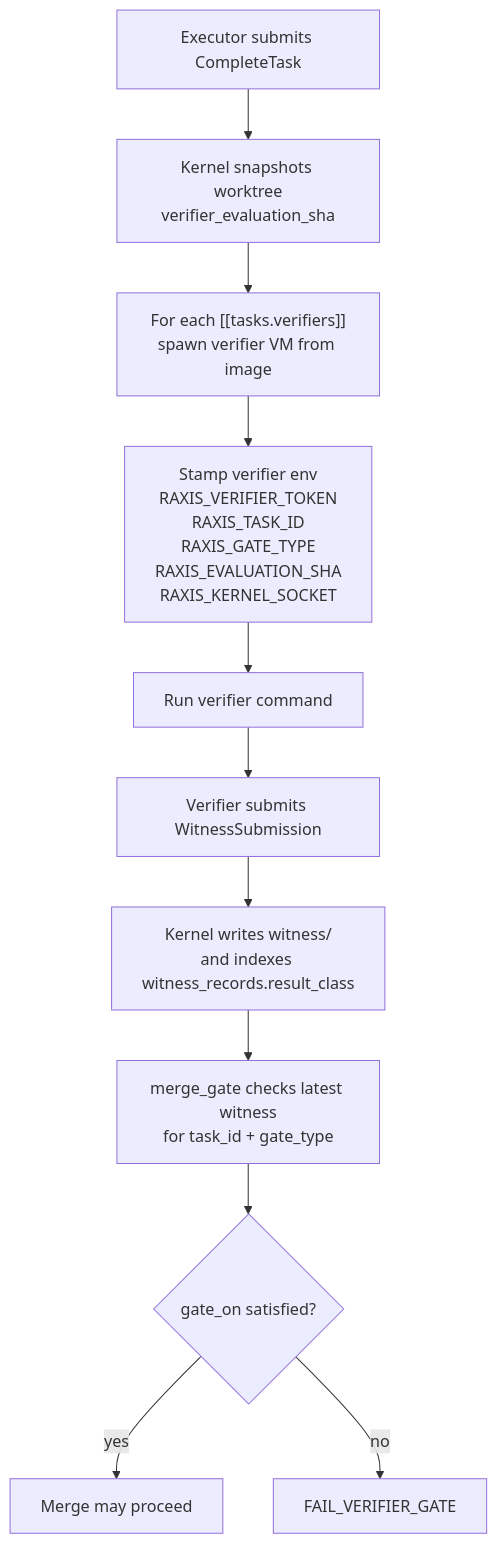
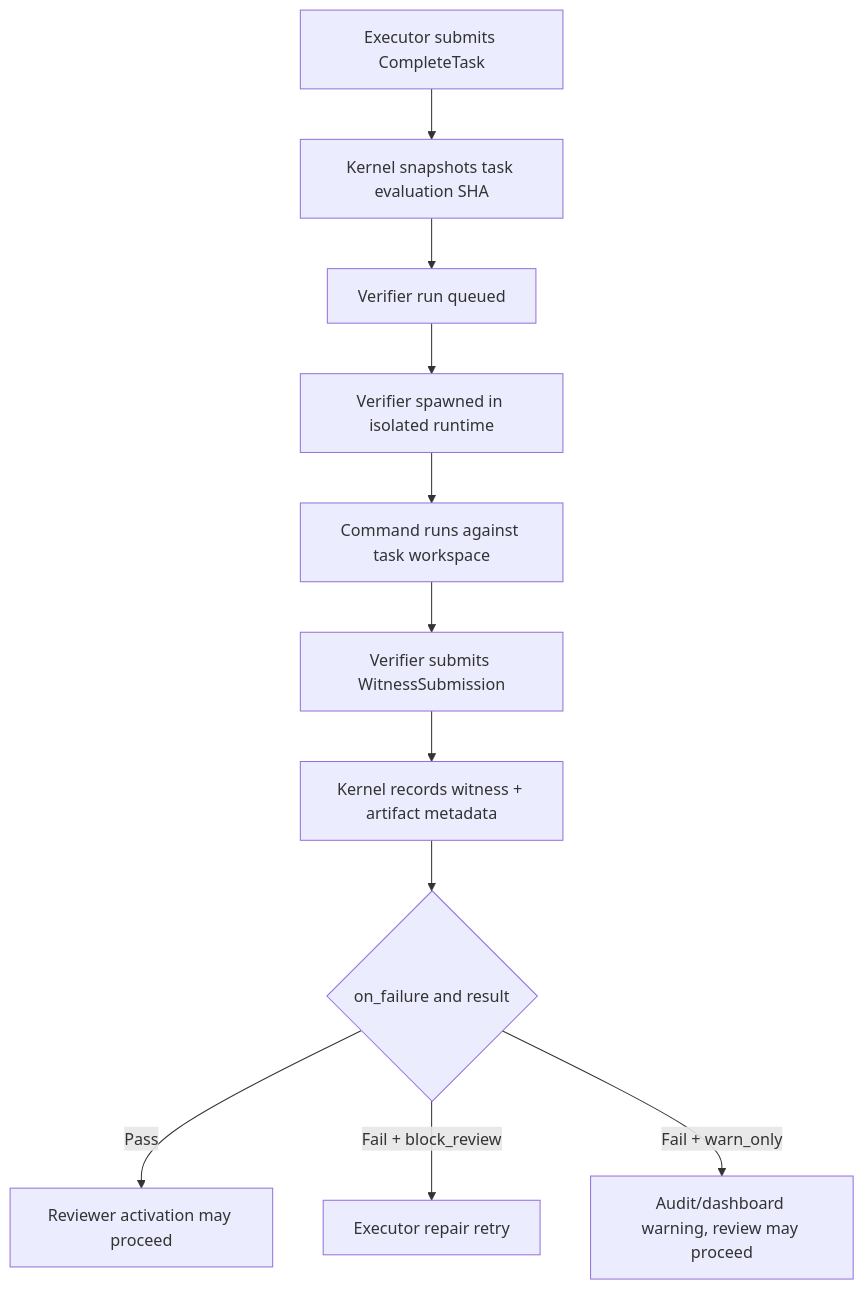
The diagram in raxis/guides/recipes/plan/11-task-verifiers.md (chika5105/raxis), drawn with Mermaid before and after one commit. The commit also changed other lines of this file and 185 other files, not shown here.

Commit message:
raxis: harden tools verifiers and e2e prompts

````diff
--- a/raxis/guides/recipes/plan/11-task-verifiers.md
+++ b/raxis/guides/recipes/plan/11-task-verifiers.md
@@ -100,13 +120,13 @@
 ```mermaid
 flowchart TD
-    complete["Executor submits CompleteTask"] --> snapshot["Kernel snapshots worktree<br/>verifier_evaluation_sha"]
-    snapshot --> spawn["For each [[tasks.verifiers]]<br/>spawn verifier VM from image"]
-    spawn --> env["Stamp verifier env<br/>RAXIS_VERIFIER_TOKEN<br/>RAXIS_TASK_ID<br/>RAXIS_GATE_TYPE<br/>RAXIS_EVALUATION_SHA<br/>RAXIS_KERNEL_SOCKET"]
-    env --> run["Run verifier command"]
-    run --> submit["Verifier submits WitnessSubmission"]
-    submit --> record["Kernel writes witness/<sha><br/>and indexes witness_records.result_class"]
-    record --> gate["merge_gate checks latest witness<br/>for task_id + gate_type"]
-    gate --> pass{"gate_on satisfied?"}
-    pass -->|yes| merge["Merge may proceed"]
-    pass -->|no| fail["FAIL_VERIFIER_GATE"]
+    complete["Executor submits CompleteTask"] --> snapshot["Kernel snapshots task evaluation SHA"]
+    snapshot --> queued["Verifier run queued"]
+    queued --> spawned["Verifier spawned in isolated runtime"]
+    spawned --> running["Command runs against task workspace"]
+    running --> witness["Verifier submits WitnessSubmission"]
+    witness --> record["Kernel records witness + artifact metadata"]
+    record --> route{"on_failure and result"}
+    route -->|Pass| review["Reviewer activation may proceed"]
+    route -->|Fail + block_review| repair["Executor repair retry"]
+    route -->|Fail + warn_only| warn["Audit/dashboard warning, review may proceed"]
 ```
````
